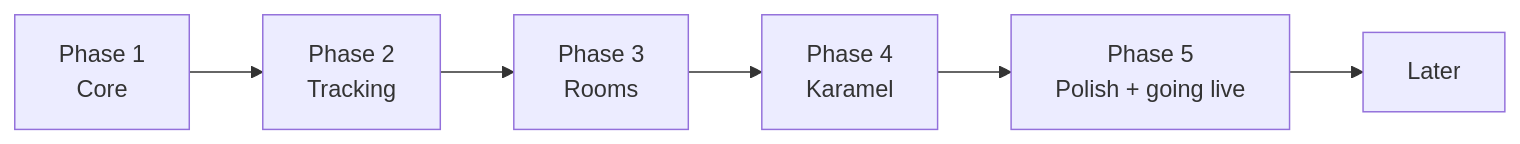
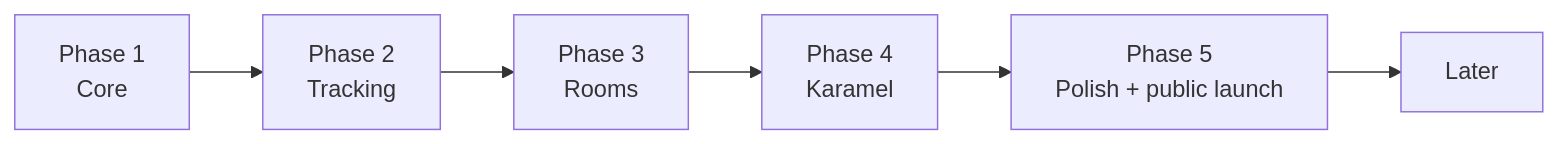
The diagram in docs/ROADMAP.md (gozdekcr/karamel-hub), drawn with Mermaid before and after one commit. The commit also changed other lines of this file and 15 other files, not shown here.

````diff
--- a/docs/ROADMAP.md
+++ b/docs/ROADMAP.md
@@ -29,8 +29,8 @@
 ```mermaid
 flowchart LR
     P1["Phase 1<br/>Core"] --> P2["Phase 2<br/>Tracking"]
     P2 --> P3["Phase 3<br/>Rooms"]
     P3 --> P4["Phase 4<br/>Karamel"]
-    P4 --> P5["Phase 5<br/>Polish + going live"]
+    P4 --> P5["Phase 5<br/>Polish + public launch"]
     P5 --> L["Later"]
 ```
````
